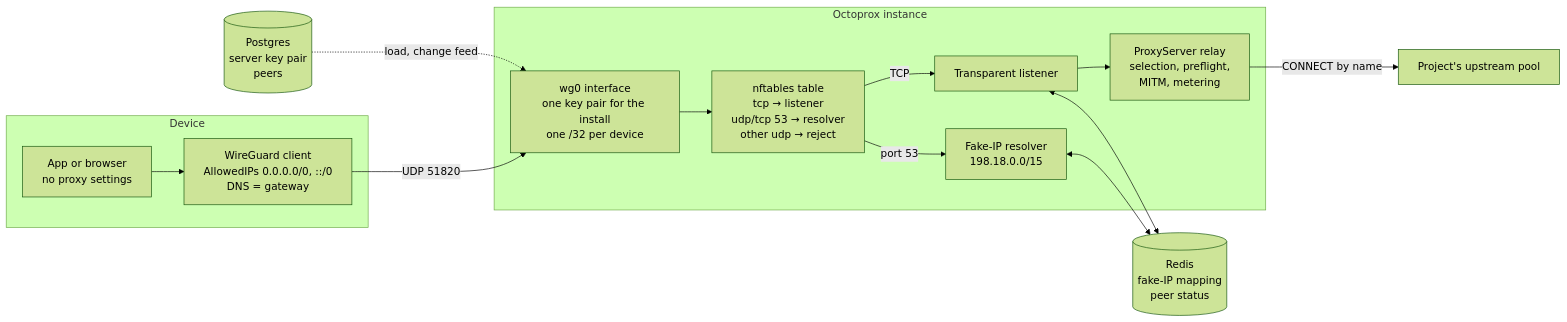
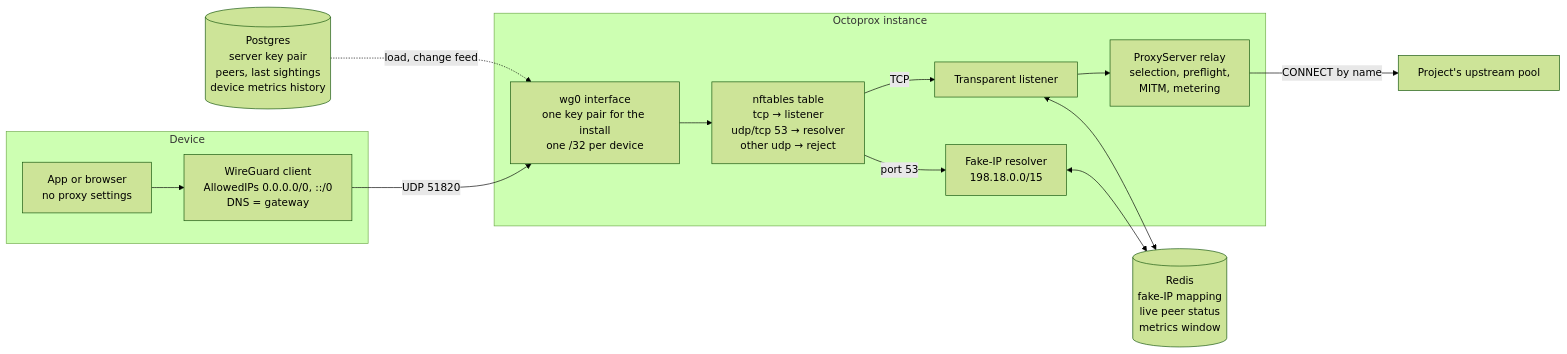
The second of 3 diagrams in docs/wireguard.md (octoprox/octoprox), drawn with Mermaid (forest theme) before and after one commit. The commit also changed other lines of this file and 38 other files, not shown here.

````diff
--- a/docs/wireguard.md
+++ b/docs/wireguard.md
@@ -44,27 +44,27 @@
 ```mermaid
 flowchart LR
     subgraph device["Device"]
         app["App or browser<br/>no proxy settings"]
         wgc["WireGuard client<br/>AllowedIPs 0.0.0.0/0, ::/0<br/>DNS = gateway"]
         app --> wgc
     end
     wgc -->|UDP 51820| iface
 
     subgraph instance["Octoprox instance"]
         iface["wg0 interface<br/>one key pair for the install<br/>one /32 per device"]
         nft["nftables table<br/>tcp → listener<br/>udp/tcp 53 → resolver<br/>other udp → reject"]
         dns["Fake-IP resolver<br/>198.18.0.0/15"]
         tp["Transparent listener"]
         relay["ProxyServer relay<br/>selection, preflight,<br/>MITM, metering"]
         iface --> nft
         nft -->|port 53| dns
         nft -->|TCP| tp --> relay
     end
 
     relay -->|CONNECT by name| pool["Project's upstream pool"]
-    redis[("Redis<br/>fake-IP mapping<br/>peer status")]
+    redis[("Redis<br/>fake-IP mapping<br/>live peer status<br/>metrics window")]
     dns <--> redis
     tp <--> redis
-    pg[("Postgres<br/>server key pair<br/>peers")]
+    pg[("Postgres<br/>server key pair<br/>peers, last sightings<br/>device metrics history")]
     pg -.->|load, change feed| iface
 ```
````
